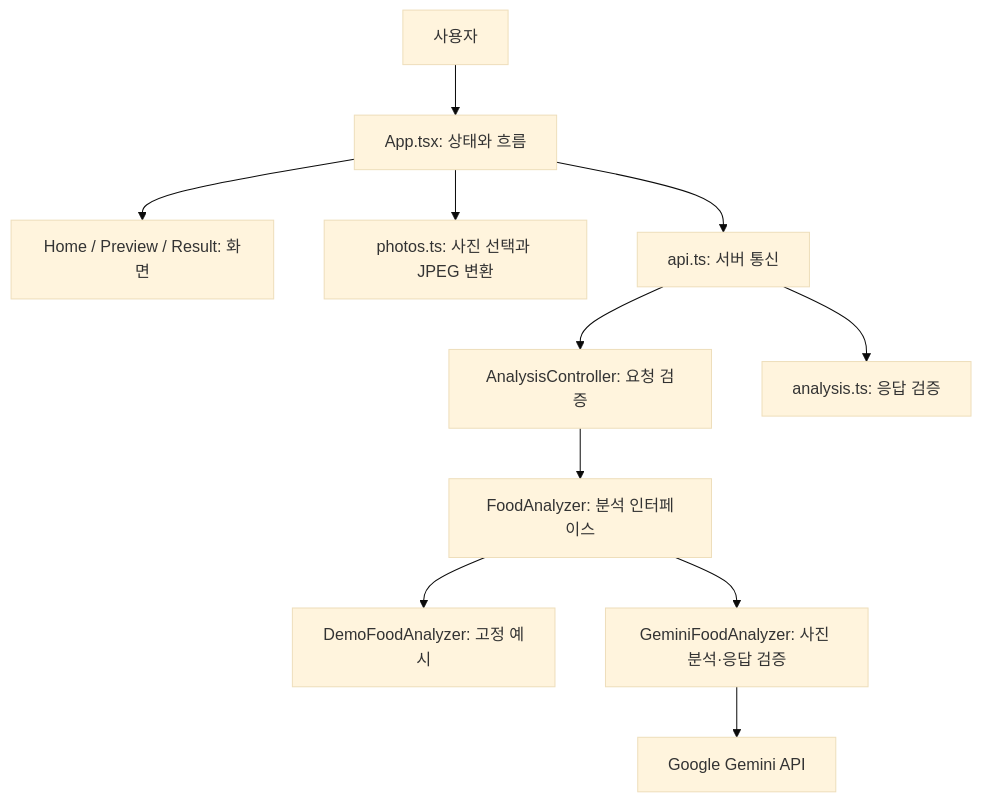
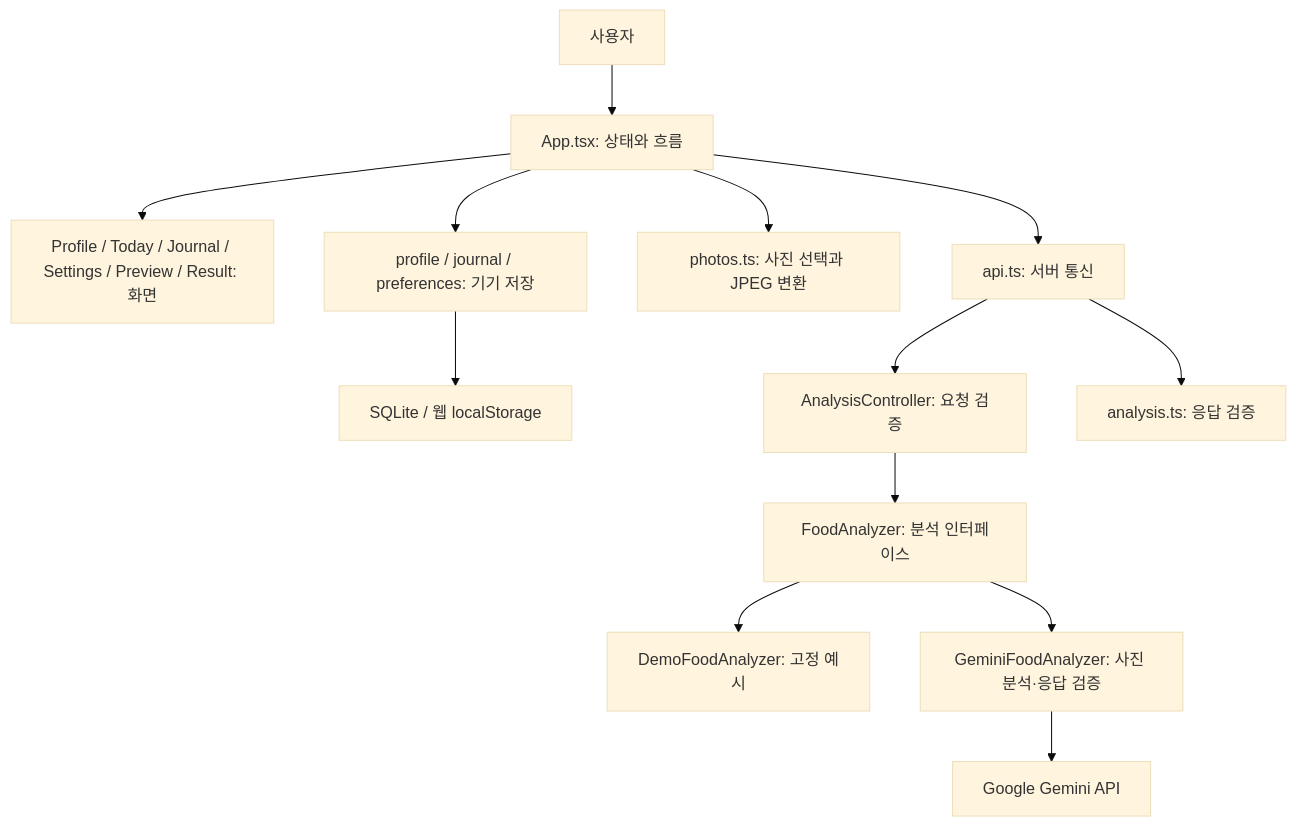
One commit to youngjoone/BurnKcal changed the diagram in docs/ARCHITECTURE.md. Above: the diagram before and after it, drawn with Mermaid (base theme). The commit also changed other lines of this file and 7 other files, not shown here.

Commit message:
docs: document onboarding calendar storage and verified app flows

````diff
--- a/docs/ARCHITECTURE.md
+++ b/docs/ARCHITECTURE.md
@@ -5,13 +5,15 @@
 ```mermaid
 flowchart TD
   User[사용자] --> App[App.tsx: 상태와 흐름]
-  App --> Screens[Home / Preview / Result: 화면]
+  App --> Screens[Profile / Today / Journal / Settings / Preview / Result: 화면]
+  App --> Storage[profile / journal / preferences: 기기 저장]
+  Storage --> SQLite[SQLite / 웹 localStorage]
   App --> Photos[photos.ts: 사진 선택과 JPEG 변환]
   App --> Client[api.ts: 서버 통신]
   Client --> Controller[AnalysisController: 요청 검증]
   Controller --> Analyzer[FoodAnalyzer: 분석 인터페이스]
   Analyzer --> Demo[DemoFoodAnalyzer: 고정 예시]
   Analyzer --> Gemini[GeminiFoodAnalyzer: 사진 분석·응답 검증]
   Gemini --> Google[Google Gemini API]
   Client --> Contract[analysis.ts: 응답 검증]
 ```
````
